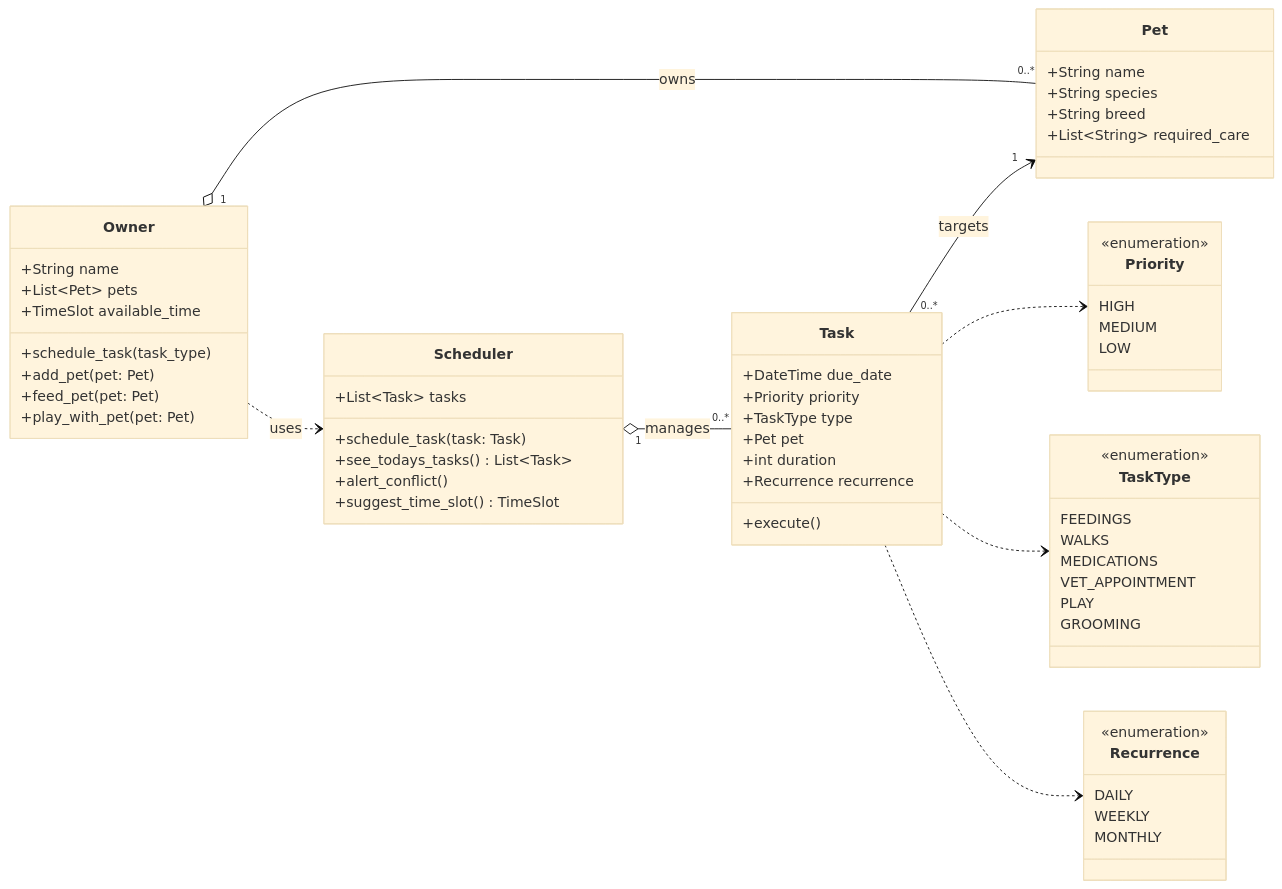
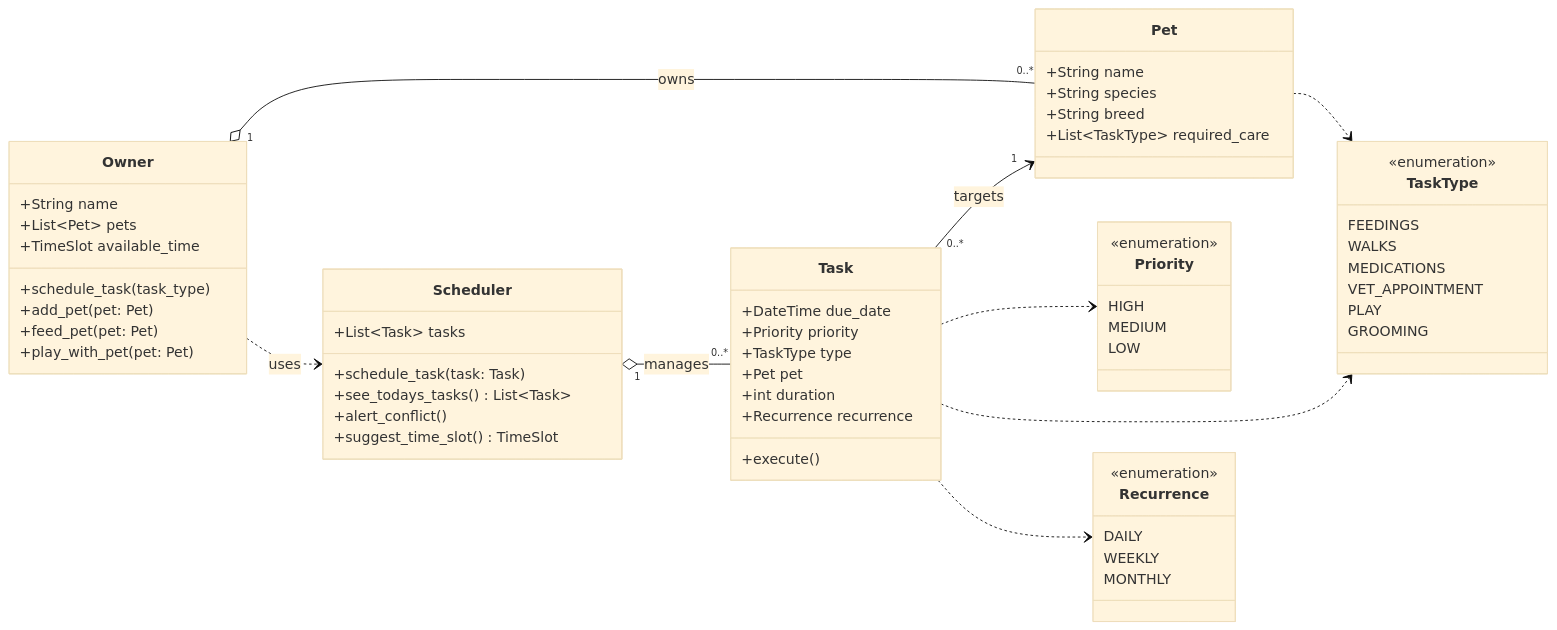
One commit to SquidWiggle/ai110-module2show-pawpal-starter changed the diagram in diagrams/uml.mmd. Above: the diagram before and after it, drawn with Mermaid (base theme). The commit also changed 1 other file, not shown here.

Commit message:
chore: add class skeletons from UML. Change Pet.required_care to list of Enum.

````diff
--- a/diagrams/uml.mmd
+++ b/diagrams/uml.mmd
@@ -1,70 +1,71 @@
 classDiagram
     direction LR
 
     class Owner {
         +String name
         +List~Pet~ pets
         +TimeSlot available_time
         +schedule_task(task_type)
         +add_pet(pet: Pet)
         +feed_pet(pet: Pet)
         +play_with_pet(pet: Pet)
     }
 
     class Pet {
         +String name
         +String species
         +String breed
-        +List~String~ required_care
+        +List~TaskType~ required_care
     }
 
     class Task {
         +DateTime due_date
         +Priority priority
         +TaskType type
         +Pet pet
         +int duration
         +Recurrence recurrence
         +execute()
     }
 
     class Scheduler {
         +List~Task~ tasks
         +schedule_task(task: Task)
         +see_todays_tasks() List~Task~
         +alert_conflict()
         +suggest_time_slot() TimeSlot
     }
 
     class Priority {
         <<enumeration>>
         HIGH
         MEDIUM
         LOW
     }
 
     class TaskType {
         <<enumeration>>
         FEEDINGS
         WALKS
         MEDICATIONS
         VET_APPOINTMENT
         PLAY
         GROOMING
     }
 
     class Recurrence {
         <<enumeration>>
         DAILY
         WEEKLY
         MONTHLY
     }
 
     Owner "1" o-- "0..*" Pet : owns
     Owner ..> Scheduler : uses
     Scheduler "1" o-- "0..*" Task : manages
     Task "0..*" --> "1" Pet : targets
     Task ..> Priority
     Task ..> TaskType
     Task ..> Recurrence
+    Pet ..> TaskType
 ```
````
